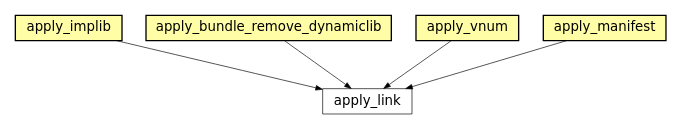
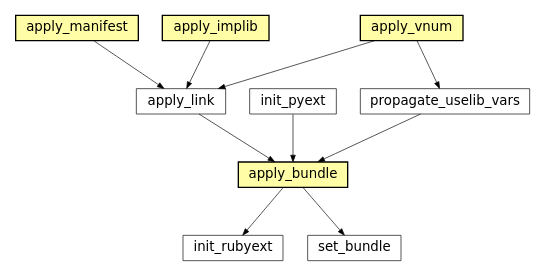
The sixth of 45 diagrams in build/waf/docs/sphinx/featuremap.rst (timb-machine-mirrors/gitlab-org-protocol-fuzzer-ce), drawn with Graphviz before and after one commit. The commit also changed other lines of this file and 601 other files, not shown here.

```diff
--- a/build/waf/docs/sphinx/featuremap.rst
+++ b/build/waf/docs/sphinx/featuremap.rst
@@ -175,14 +291,23 @@
 .. graphviz::
 
 	digraph feature_cshlib {
-	size="8.0, 12.0";
-		"apply_implib" [style="setlinewidth(0.5)",URL="tools/ccroot.html#waflib.Tools.ccroot.apply_implib",fontname="Vera Sans, DejaVu Sans, Liberation Sans, Arial, Helvetica, sans",height=0.25,shape=box,fontsize=10,fillcolor="#fffea6",style=filled];
-	"apply_bundle_remove_dynamiclib" [style="setlinewidth(0.5)",URL="tools/c_osx.html#waflib.Tools.c_osx.apply_bundle_remove_dynamiclib",fontname="Vera Sans, DejaVu Sans, Liberation Sans, Arial, Helvetica, sans",height=0.25,shape=box,fontsize=10,fillcolor="#fffea6",style=filled];
-	"apply_vnum" [style="setlinewidth(0.5)",URL="tools/ccroot.html#waflib.Tools.ccroot.apply_vnum",fontname="Vera Sans, DejaVu Sans, Liberation Sans, Arial, Helvetica, sans",height=0.25,shape=box,fontsize=10,fillcolor="#fffea6",style=filled];
-	"apply_manifest" [style="setlinewidth(0.5)",URL="tools/msvc.html#waflib.Tools.msvc.apply_manifest",fontname="Vera Sans, DejaVu Sans, Liberation Sans, Arial, Helvetica, sans",height=0.25,shape=box,fontsize=10,fillcolor="#fffea6",style=filled];
-	"apply_link" [style="setlinewidth(0.5)",URL="tools/ccroot.html#waflib.Tools.ccroot.apply_link",fontname="Vera Sans, DejaVu Sans, Liberation Sans, Arial, Helvetica, sans",height=0.25,shape=box,fontsize=10];
-	"apply_implib" -> "apply_link" [arrowsize=0.5,style="setlinewidth(0.5)"];
-	"apply_bundle_remove_dynamiclib" -> "apply_link" [arrowsize=0.5,style="setlinewidth(0.5)"];
-	"apply_vnum" -> "apply_link" [arrowsize=0.5,style="setlinewidth(0.5)"];
-	"apply_manifest" -> "apply_link" [arrowsize=0.5,style="setlinewidth(0.5)"];
+		size="8.0, 12.0";
+		"apply_manifest" [style="setlinewidth(0.5)",URL="../tools/msvc.html#waflib.Tools.msvc.apply_manifest",target="_top",fontname="Vera Sans, DejaVu Sans, Liberation Sans, Arial, Helvetica, sans",height=0.25,shape="rectangle",fontsize=10,fillcolor="#fffea6",style=filled];
+		"apply_link" [style="setlinewidth(0.5)",URL="../tools/ccroot.html#waflib.Tools.ccroot.apply_link",target="_top",fontname="Vera Sans, DejaVu Sans, Liberation Sans, Arial, Helvetica, sans",height=0.25,shape="rectangle",fontsize=10];
+		"init_pyext" [style="setlinewidth(0.5)",URL="../tools/python.html#waflib.Tools.python.init_pyext",target="_top",fontname="Vera Sans, DejaVu Sans, Liberation Sans, Arial, Helvetica, sans",height=0.25,shape="rectangle",fontsize=10];
+		"apply_implib" [style="setlinewidth(0.5)",URL="../tools/ccroot.html#waflib.Tools.ccroot.apply_implib",target="_top",fontname="Vera Sans, DejaVu Sans, Liberation Sans, Arial, Helvetica, sans",height=0.25,shape="rectangle",fontsize=10,fillcolor="#fffea6",style=filled];
+		"init_rubyext" [style="setlinewidth(0.5)",URL="../tools/ruby.html#waflib.Tools.ruby.init_rubyext",target="_top",fontname="Vera Sans, DejaVu Sans, Liberation Sans, Arial, Helvetica, sans",height=0.25,shape="rectangle",fontsize=10];
+		"set_bundle" [style="setlinewidth(0.5)",URL="../tools/python.html#waflib.Tools.python.set_bundle",target="_top",fontname="Vera Sans, DejaVu Sans, Liberation Sans, Arial, Helvetica, sans",height=0.25,shape="rectangle",fontsize=10];
+		"propagate_uselib_vars" [style="setlinewidth(0.5)",URL="../tools/ccroot.html#waflib.Tools.ccroot.propagate_uselib_vars",target="_top",fontname="Vera Sans, DejaVu Sans, Liberation Sans, Arial, Helvetica, sans",height=0.25,shape="rectangle",fontsize=10];
+		"apply_vnum" [style="setlinewidth(0.5)",URL="../tools/ccroot.html#waflib.Tools.ccroot.apply_vnum",target="_top",fontname="Vera Sans, DejaVu Sans, Liberation Sans, Arial, Helvetica, sans",height=0.25,shape="rectangle",fontsize=10,fillcolor="#fffea6",style=filled];
+		"apply_bundle" [style="setlinewidth(0.5)",URL="../tools/c_osx.html#waflib.Tools.c_osx.apply_bundle",target="_top",fontname="Vera Sans, DejaVu Sans, Liberation Sans, Arial, Helvetica, sans",height=0.25,shape="rectangle",fontsize=10,fillcolor="#fffea6",style=filled];
+		"apply_bundle" -> "init_rubyext" [arrowsize=0.5,style="setlinewidth(0.5)"];
+		"apply_bundle" -> "set_bundle" [arrowsize=0.5,style="setlinewidth(0.5)"];
+		"apply_link" -> "apply_bundle" [arrowsize=0.5,style="setlinewidth(0.5)"];
+		"init_pyext" -> "apply_bundle" [arrowsize=0.5,style="setlinewidth(0.5)"];
+		"apply_vnum" -> "apply_link" [arrowsize=0.5,style="setlinewidth(0.5)"];
+		"apply_vnum" -> "propagate_uselib_vars" [arrowsize=0.5,style="setlinewidth(0.5)"];
+		"apply_manifest" -> "apply_link" [arrowsize=0.5,style="setlinewidth(0.5)"];
+		"apply_implib" -> "apply_link" [arrowsize=0.5,style="setlinewidth(0.5)"];
+		"propagate_uselib_vars" -> "apply_bundle" [arrowsize=0.5,style="setlinewidth(0.5)"];
 	}
```
